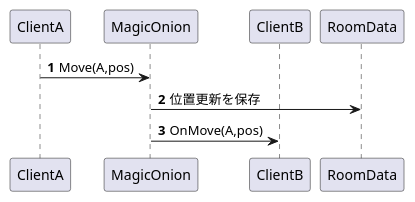
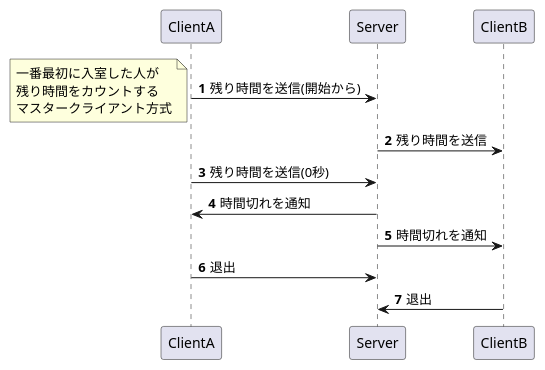
Before and after one commit to Bekomochi/RealTime-Repository: the diagram in Admin/app/src/database/migrations/Finish.puml, drawn with PlantUML. The commit also changed 4 other files, not shown here.

Commit message:
シーケンス図(ゲーム開始/終了)を編集、その他シーケンス図の微調整

```diff
--- a/Admin/app/src/database/migrations/Finish.puml
+++ b/Admin/app/src/database/migrations/Finish.puml
@@ -1,15 +1,21 @@
 @startuml
 'https://plantuml.com/sequence-diagram
 
 autonumber
 
 participant ClientA
-participant MagicOnion
+participant Server
 participant ClientB
-participant RoomData
 
-ClientA->MagicOnion:Move(A,pos)
-MagicOnion->RoomData:位置更新を保存
-ClientB<-MagicOnion:OnMove(A,pos)
+ClientA->Server:残り時間を送信(開始から)
+note left:一番最初に入室した人が\n残り時間をカウントする\nマスタークライアント方式
+ClientB<-Server:残り時間を送信
+
+ClientA->Server:残り時間を送信(0秒)
+ClientA<-Server:時間切れを通知
+ClientB<-Server:時間切れを通知
+
+ClientA->Server:退出
+ClientB->Server:退出
 
 @enduml
```
